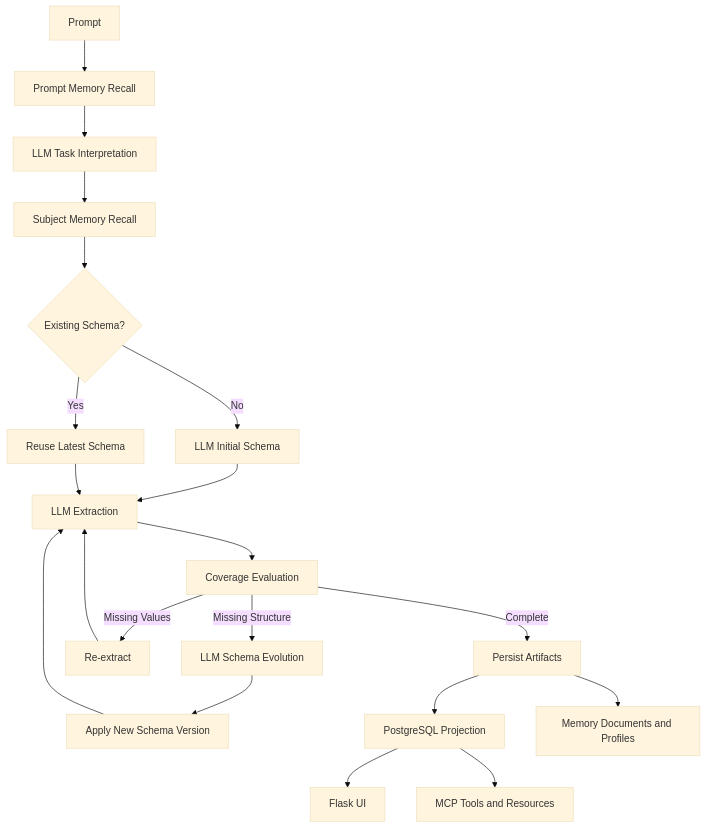
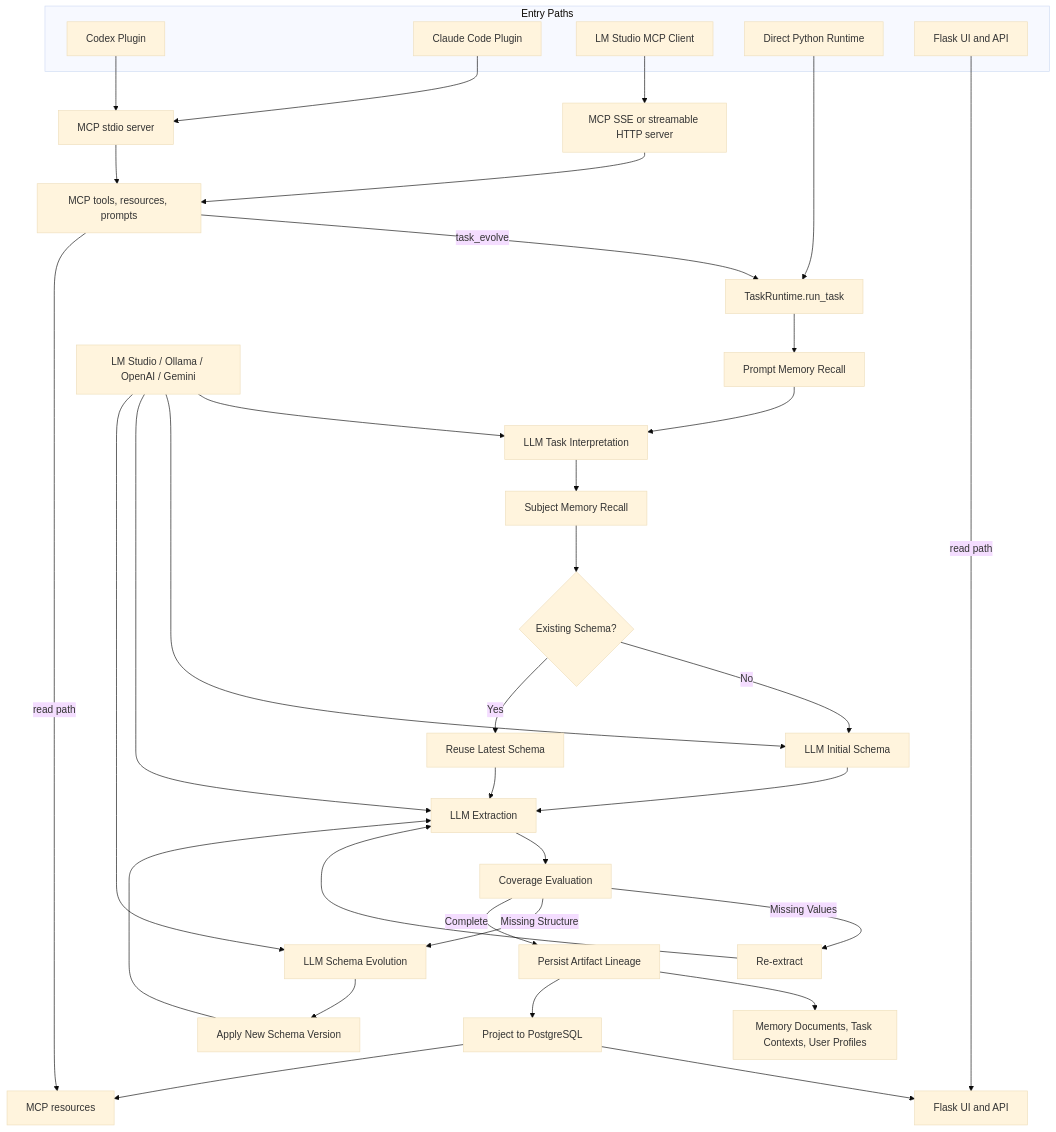
The diagram in README.md (kawayuta/TraceRelay), drawn with Mermaid (base theme) before and after one commit. The commit also changed other lines of this file and 105 other files, not shown here.

Commit message:
refactor: rename SchemaLedger to TraceRelay

````diff
--- a/README.md
+++ b/README.md
@@ -147,22 +167,46 @@
 ```mermaid
 flowchart TD
-    A[Prompt] --> B[Prompt Memory Recall]
-    B --> C[LLM Task Interpretation]
-    C --> D[Subject Memory Recall]
-    D --> E{Existing Schema?}
-    E -->|No| F[LLM Initial Schema]
-    E -->|Yes| G[Reuse Latest Schema]
-    F --> H[LLM Extraction]
+    subgraph Entry["Entry Paths"]
+      A[Codex Plugin]
+      B[Claude Code Plugin]
+      C[LM Studio MCP Client]
+      D[Direct Python Runtime]
+      E[Flask UI and API]
+    end
+
+    A --> F[MCP stdio server]
+    B --> F
+    C --> G[MCP SSE or streamable HTTP server]
+    F --> H[MCP tools, resources, prompts]
     G --> H
-    H --> I[Coverage Evaluation]
-    I -->|Complete| J[Persist Artifacts]
-    I -->|Missing Values| K[Re-extract]
-    K --> H
-    I -->|Missing Structure| L[LLM Schema Evolution]
-    L --> M[Apply New Schema Version]
-    M --> H
-    J --> N[PostgreSQL Projection]
-    N --> O[Flask UI]
-    N --> P[MCP Tools and Resources]
-    J --> Q[Memory Documents and Profiles]
+    D --> I[TaskRuntime.run_task]
+    H -->|task_evolve| I
+
+    I --> J[Prompt Memory Recall]
+    J --> K[LLM Task Interpretation]
+    K --> L[Subject Memory Recall]
+    L --> M{Existing Schema?}
+    M -->|No| N[LLM Initial Schema]
+    M -->|Yes| O[Reuse Latest Schema]
+    N --> P[LLM Extraction]
+    O --> P
+    P --> Q[Coverage Evaluation]
+    Q -->|Missing Values| R[Re-extract]
+    R --> P
+    Q -->|Missing Structure| S[LLM Schema Evolution]
+    S --> T[Apply New Schema Version]
+    T --> P
+    Q -->|Complete| U[Persist Artifact Lineage]
+
+    V[LM Studio / Ollama / OpenAI / Gemini] --> K
+    V --> N
+    V --> P
+    V --> S
+
+    U --> W[Memory Documents, Task Contexts, User Profiles]
+    U --> X[Project to PostgreSQL]
+    X --> Y[Flask UI and API]
+    X --> Z[MCP resources]
+    E -->|read path| Y
+    H -->|read path| Z
 ```
````
